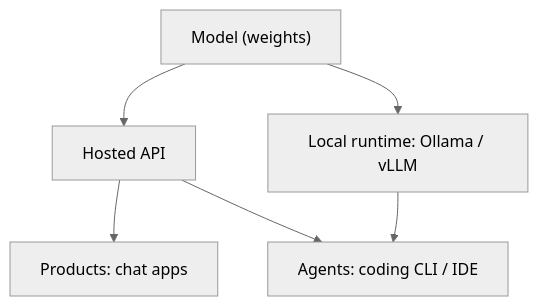
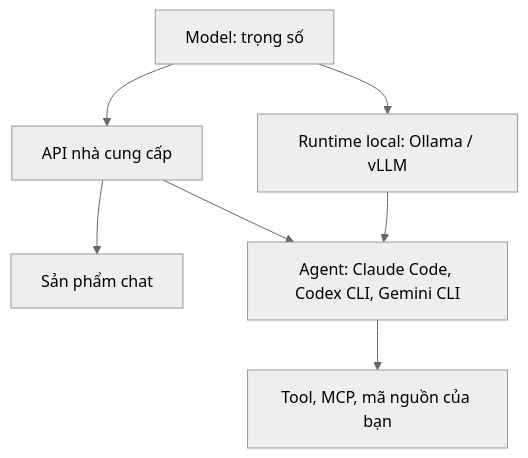
Before and after one commit to passion-Infinity/personal-tech-playbook: the diagram in src/assets/knowledge/playbooks/ai-engineering/ai-model-landscape.md, drawn with Mermaid (neutral theme). The commit also changed other lines of this file and 3 other files, not shown here.

First line of the commit message:
Deep-dive rewrite: AI model landscape, local inference/quantization, prompt engineering

````diff
--- a/src/assets/knowledge/playbooks/ai-engineering/ai-model-landscape.md
+++ b/src/assets/knowledge/playbooks/ai-engineering/ai-model-landscape.md
@@ -16,8 +38,9 @@
 ```mermaid
 flowchart TD
-    M["Model (weights)"] --> API["Hosted API"]
-    M --> RT["Local runtime: Ollama / vLLM"]
-    API --> PROD["Products: chat apps"]
-    API --> AG["Agents: coding CLI / IDE"]
+    M["Model: trọng số"] --> API["API nhà cung cấp"]
+    M --> RT["Runtime local: Ollama / vLLM"]
+    API --> PROD["Sản phẩm chat"]
+    API --> AG["Agent: Claude Code, Codex CLI, Gemini CLI"]
     RT --> AG
+    AG --> TOOLS["Tool, MCP, mã nguồn của bạn"]
 ```
````
